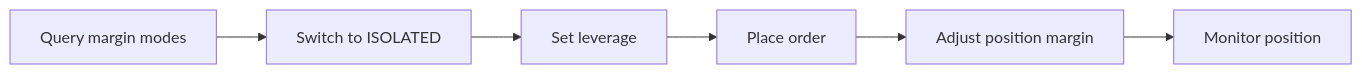
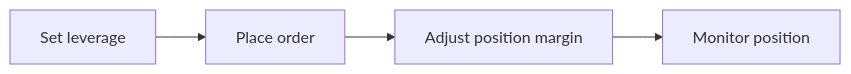
The diagram in build-on-omnichain/user-flows/isolated-margin.mdx (OrderlyNetwork/documentation-public), drawn with Mermaid before and after one commit. The commit also changed other lines of this file, not shown here.

Commit message:
Remove margin mode switching steps from isolated margin guide - both modes are supported simultaneously

````diff
--- a/build-on-omnichain/user-flows/isolated-margin.mdx
+++ b/build-on-omnichain/user-flows/isolated-margin.mdx
@@ -10,8 +10,6 @@
 ```mermaid
 flowchart LR
-    A[Query margin modes] --> B[Switch to ISOLATED]
-    B --> C[Set leverage]
-    C --> D[Place order]
-    D --> E[Adjust position margin]
-    E --> F[Monitor position]
+    A[Set leverage] --> B[Place order]
+    B --> C[Adjust position margin]
+    C --> D[Monitor position]
 ```
````
